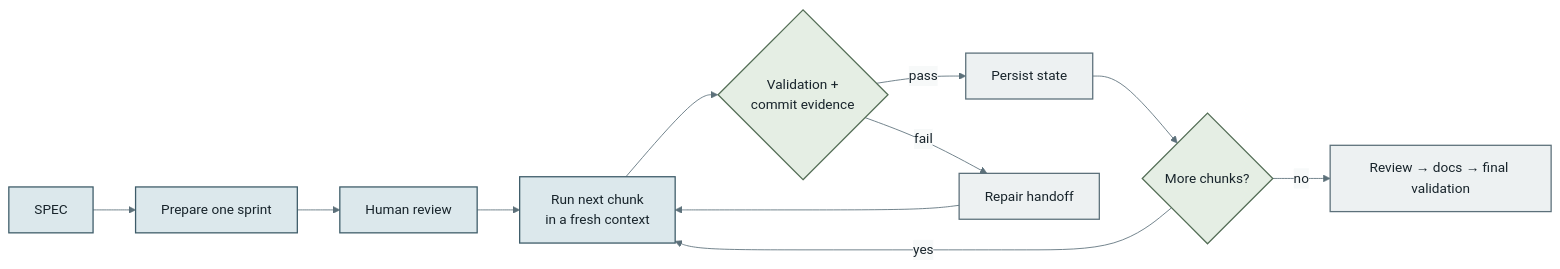
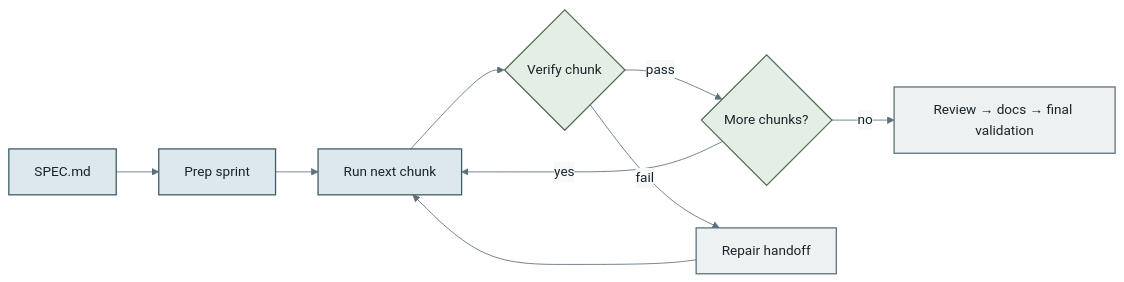
The first of 2 diagrams in README.md (zacharygcook/zach-ralph-method), drawn with Mermaid before and after one commit. The commit also changed other lines of this file and 1 other file, not shown here.

````diff
--- a/README.md
+++ b/README.md
@@ -51,21 +51,19 @@
 ```mermaid
 %%{init: {'theme': 'base', 'themeVariables': {'primaryColor': '#DCE8EC', 'primaryTextColor': '#18242B', 'primaryBorderColor': '#3D5B68', 'lineColor': '#5C707A', 'secondaryColor': '#E5EEE4', 'tertiaryColor': '#EDF1F2', 'edgeLabelBackground': '#F7F9F9', 'fontFamily': 'system-ui'}}}%%
 flowchart LR
-    spec["SPEC"] --> prepare["Prepare one sprint"]
-    prepare --> review["Human review"]
-    review --> chunk["Run next chunk<br/>in a fresh context"]
-    chunk --> evidence{"Validation +<br/>commit evidence"}
-    evidence -->|pass| state["Persist state"]
-    state --> more{"More chunks?"}
+    spec["SPEC.md"] --> prepare["Prep sprint"]
+    prepare --> chunk["Run next chunk"]
+    chunk --> verify{"Verify chunk"}
+    verify -->|pass| more{"More chunks?"}
     more -->|yes| chunk
     more -->|no| hooks["Review → docs → final validation"]
-    evidence -->|fail| repair["Repair handoff"]
+    verify -->|fail| repair["Repair handoff"]
     repair --> chunk
 
     classDef phase fill:#DCE8EC,stroke:#3D5B68,color:#18242B,stroke-width:1.5px;
     classDef gate fill:#E5EEE4,stroke:#536D55,color:#18242B,stroke-width:1.5px;
     classDef outcome fill:#EDF1F2,stroke:#5C707A,color:#18242B,stroke-width:1.5px;
-    class spec,prepare,review,chunk phase;
-    class evidence,more gate;
-    class state,hooks,repair outcome;
+    class spec,prepare,chunk phase;
+    class verify,more gate;
+    class hooks,repair outcome;
 ```
````
